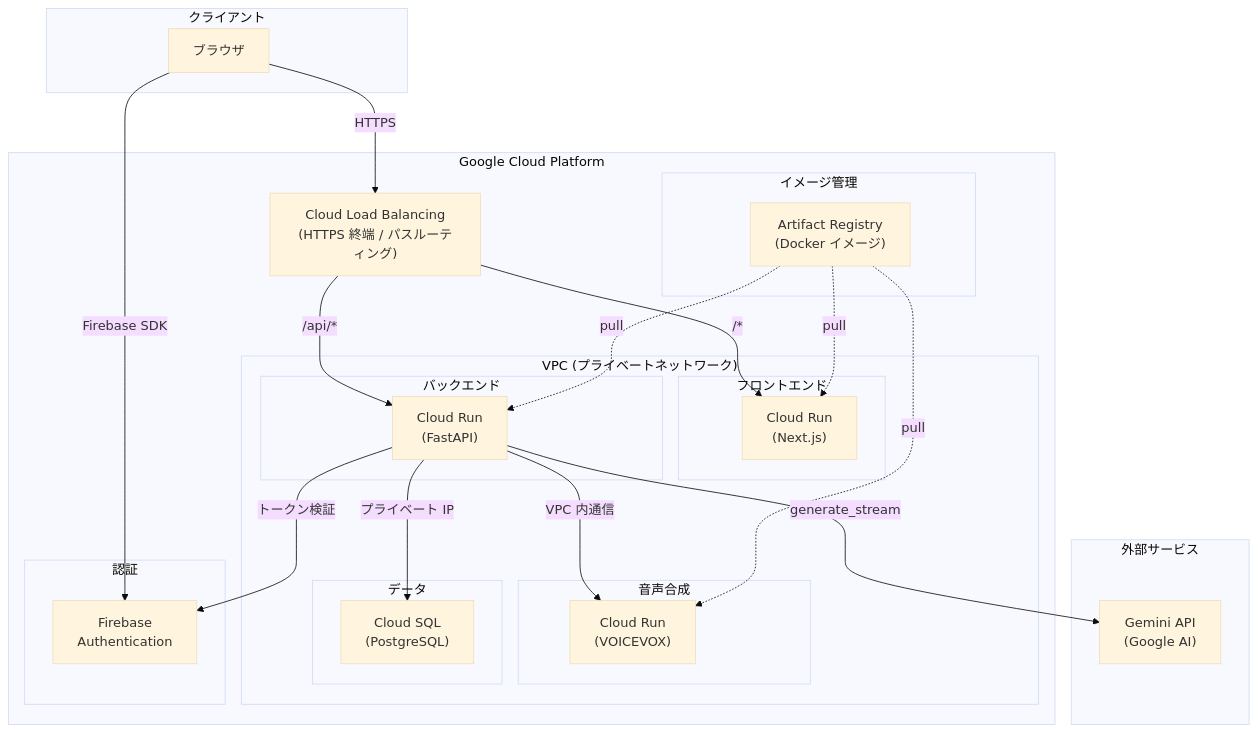
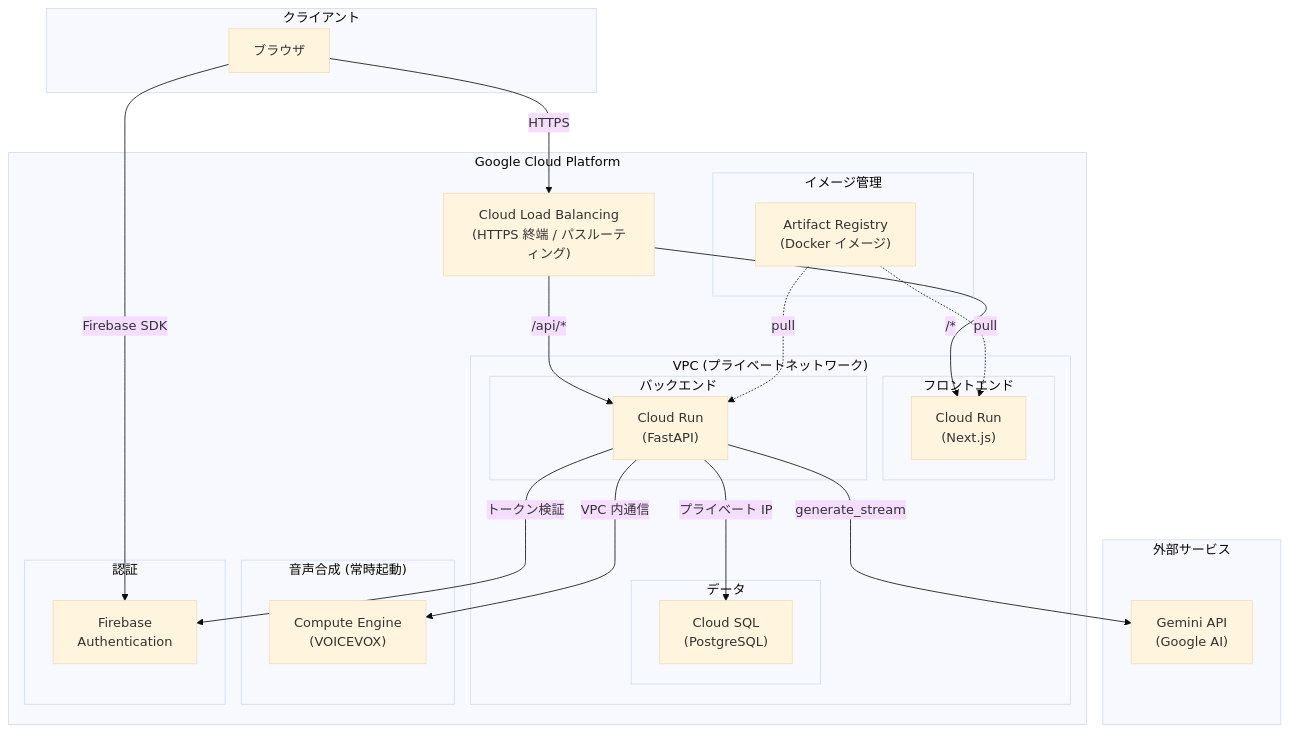
The first of 2 diagrams in docs/cloud/phase1_initial.md (yudai3141/AudienceRoom), drawn with Mermaid (base theme) before and after one commit. The commit also changed other lines of this file and 3 other files, not shown here.

First line of the commit message:
docs: move VOICEVOX to GCE and add deploy guide

````diff
--- a/docs/cloud/phase1_initial.md
+++ b/docs/cloud/phase1_initial.md
@@ -10,54 +11,53 @@
 ```mermaid
 flowchart TB
     subgraph Client["クライアント"]
         Browser["ブラウザ"]
     end
 
     subgraph GCP["Google Cloud Platform"]
         LB["Cloud Load Balancing<br/>(HTTPS 終端 / パスルーティング)"]
 
         subgraph VPC["VPC (プライベートネットワーク)"]
             subgraph Frontend["フロントエンド"]
                 CloudRun_FE["Cloud Run<br/>(Next.js)"]
             end
 
             subgraph Backend["バックエンド"]
                 CloudRun_BE["Cloud Run<br/>(FastAPI)"]
             end
 
-            subgraph TTS["音声合成"]
-                CloudRun_VV["Cloud Run<br/>(VOICEVOX)"]
-            end
-
             subgraph Data["データ"]
                 CloudSQL["Cloud SQL<br/>(PostgreSQL)"]
             end
+        end
+
+        subgraph TTS["音声合成 (常時起動)"]
+            GCE_VV["Compute Engine<br/>(VOICEVOX)"]
         end
 
         subgraph CI["イメージ管理"]
             AR["Artifact Registry<br/>(Docker イメージ)"]
         end
 
         subgraph Auth["認証"]
             FirebaseAuth["Firebase<br/>Authentication"]
         end
     end
 
     subgraph External["外部サービス"]
         LLM["Gemini API<br/>(Google AI)"]
     end
 
     Browser -->|HTTPS| LB
     LB -->|"/*"| CloudRun_FE
     LB -->|"/api/*"| CloudRun_BE
     Browser -->|Firebase SDK| FirebaseAuth
 
     CloudRun_BE -->|"プライベート IP"| CloudSQL
-    CloudRun_BE -->|"VPC 内通信"| CloudRun_VV
+    CloudRun_BE -->|"VPC 内通信"| GCE_VV
     CloudRun_BE -->|generate_stream| LLM
     CloudRun_BE -->|トークン検証| FirebaseAuth
 
     AR -.->|pull| CloudRun_FE
     AR -.->|pull| CloudRun_BE
-    AR -.->|pull| CloudRun_VV
 ```
````
